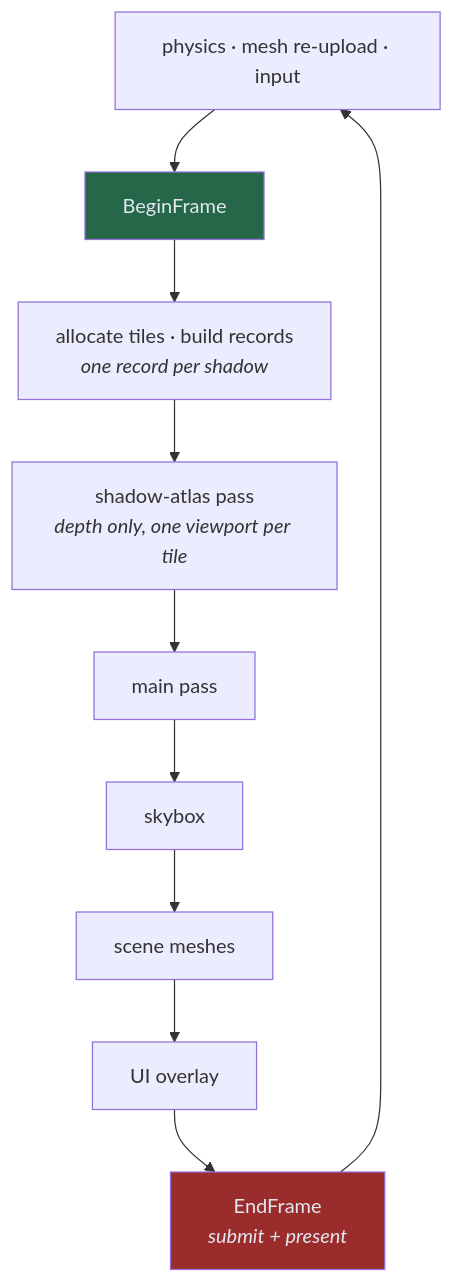
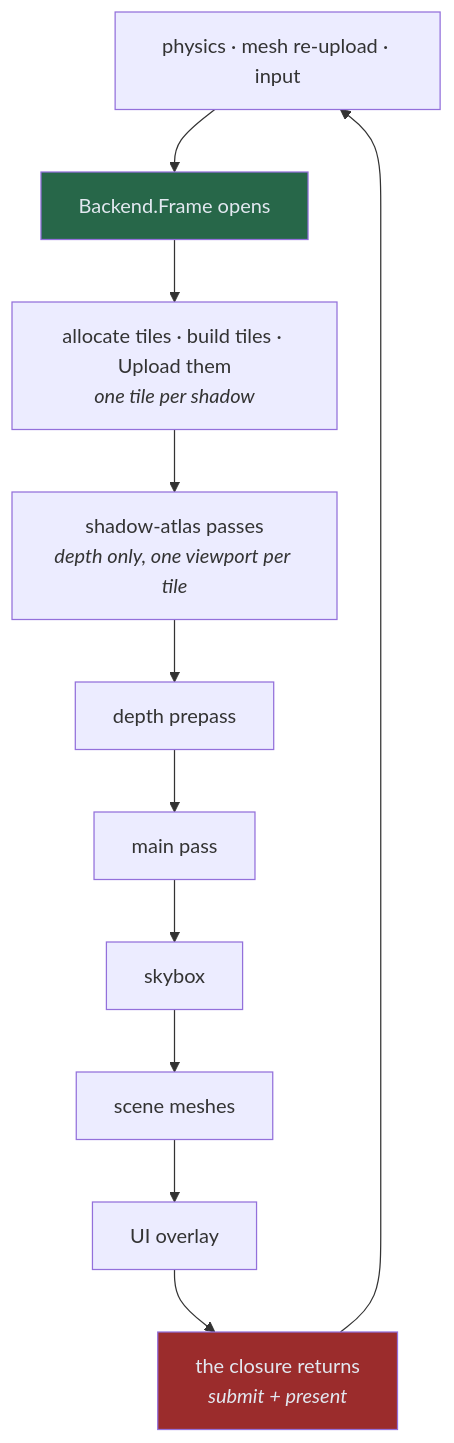
Before and after one commit to Zephyr75/overdrive: the third of 5 diagrams in notes/OVERVIEW.md, drawn with Mermaid. The commit also changed other lines of this file and 55 other files, not shown here.

````diff
--- a/notes/OVERVIEW.md
+++ b/notes/OVERVIEW.md
@@ -96,13 +97,14 @@
 ```mermaid
 graph TD
-    P["physics · mesh re-upload · input"] --> BF["BeginFrame"]
-    BF --> AL["allocate tiles · build records<br/><i>one record per shadow</i>"]
-    AL --> S1["shadow-atlas pass<br/><i>depth only, one viewport per tile</i>"]
-    S1 --> MP["main pass"]
+    P["physics · mesh re-upload · input"] --> BF["Backend.Frame opens"]
+    BF --> AL["allocate tiles · build tiles · Upload them<br/><i>one tile per shadow</i>"]
+    AL --> S1["shadow-atlas passes<br/><i>depth only, one viewport per tile</i>"]
+    S1 --> DP["depth prepass"]
+    DP --> MP["main pass"]
     MP --> SK["skybox"] --> SC["scene meshes"] --> UI["UI overlay"]
-    UI --> EF["EndFrame<br/><i>submit + present</i>"]
+    UI --> EF["the closure returns<br/><i>submit + present</i>"]
     EF --> P
 
     style BF fill:#276749,color:#e2e8f0
     style EF fill:#9b2c2c,color:#e2e8f0
 ```
````
